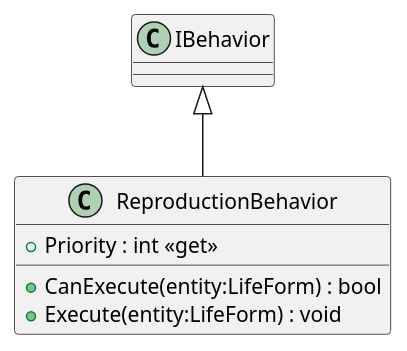
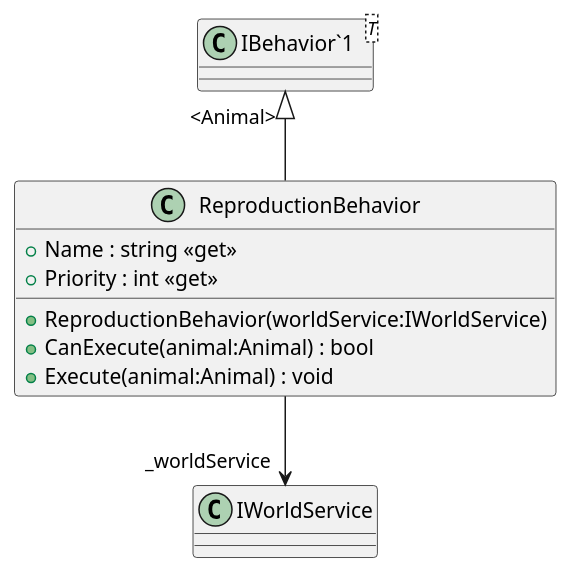
Before and after one commit to I42I/ecosystem: the diagram in plantuml/Models/Behaviors/Reproduction/ReproductionBehavior.puml, drawn with PlantUML. The commit also changed 64 other files, not shown here.

Commit message:
plantuml

```diff
--- a/plantuml/Models/Behaviors/Reproduction/ReproductionBehavior.puml
+++ b/plantuml/Models/Behaviors/Reproduction/ReproductionBehavior.puml
@@ -1,8 +1,13 @@
 @startuml
 class ReproductionBehavior {
+    + ReproductionBehavior(worldService:IWorldService)
+    + Name : string <<get>>
     + Priority : int <<get>>
-    + CanExecute(entity:LifeForm) : bool
-    + Execute(entity:LifeForm) : void
+    + CanExecute(animal:Animal) : bool
+    + Execute(animal:Animal) : void
 }
-IBehavior <|-- ReproductionBehavior
+class "IBehavior`1"<T> {
+}
+"IBehavior`1" "<Animal>" <|-- ReproductionBehavior
+ReproductionBehavior --> "_worldService" IWorldService
 @enduml
```
